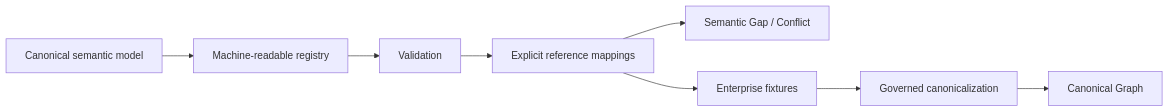
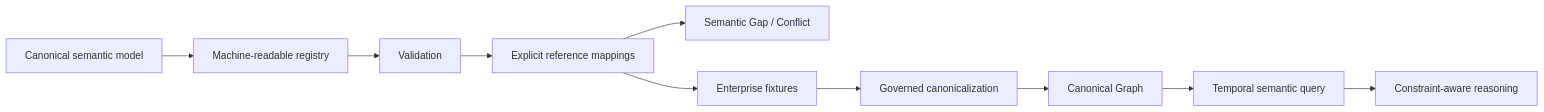
The second of 2 diagrams in docs/README.md (miumigy/scm-ontology), drawn with Mermaid before and after one commit. The commit also changed other lines of this file, not shown here.

````diff
--- a/docs/README.md
+++ b/docs/README.md
@@ -37,10 +39,12 @@
 ```mermaid
 flowchart LR
     MODEL[Canonical semantic model] --> REG[Machine-readable registry]
     REG --> VALIDATE[Validation]
     VALIDATE --> MAP[Explicit reference mappings]
     MAP --> GAP[Semantic Gap / Conflict]
     MAP --> FIX[Enterprise fixtures]
     FIX --> CAN[Governed canonicalization]
     CAN --> GRAPH[Canonical Graph]
+    GRAPH --> TEMP[Temporal semantic query]
+    TEMP --> REASON[Constraint-aware reasoning]
 ```
````
